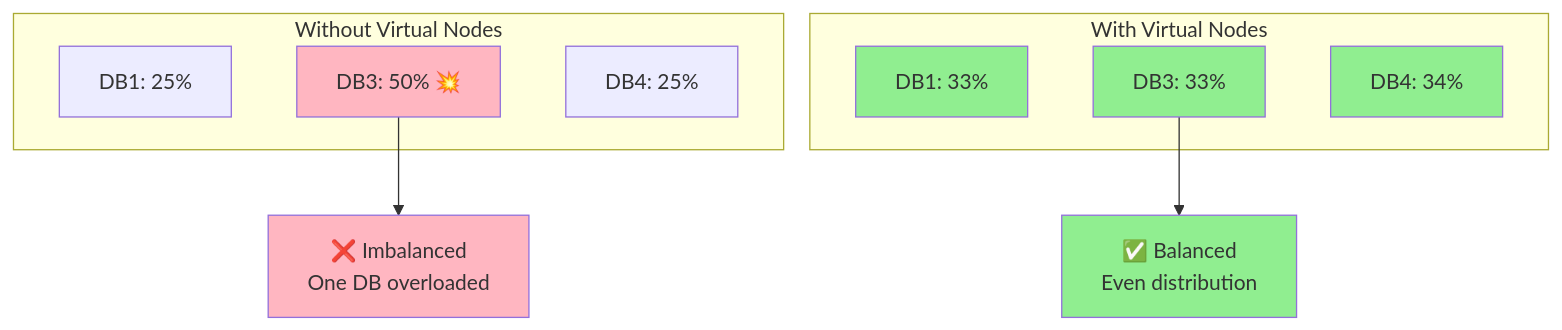
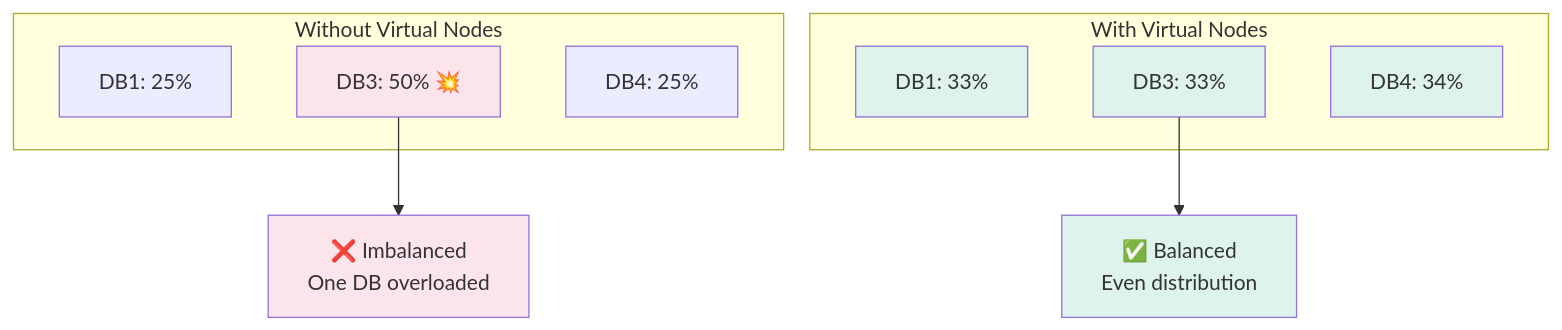
Diagram 21 of 34 in LLD/CoreConcepts/ConsistentHashing.md (cartmancodes/InterviewVault), drawn with Mermaid before and after one commit. The commit also changed other lines of this file and 679 other files, not shown here.

Commit message:
Unify content diagrams and add accessible visual walkthroughs

````diff
--- a/LLD/CoreConcepts/ConsistentHashing.md
+++ b/LLD/CoreConcepts/ConsistentHashing.md
@@ -595,27 +565,27 @@
 ```mermaid
 graph TB
     subgraph "Without Virtual Nodes"
         W1[DB1: 25%]
         W3[DB3: 50% 💥]
         W4[DB4: 25%]
     end
     
     subgraph "With Virtual Nodes"
         V1[DB1: 33%]
         V3[DB3: 33%]
         V4[DB4: 34%]
     end
     
     NOTE1[❌ Imbalanced<br/>One DB overloaded]
     NOTE2[✅ Balanced<br/>Even distribution]
     
     W3 --> NOTE1
     V3 --> NOTE2
     
-    style W3 fill:#FFB6C1
-    style NOTE1 fill:#FFB6C1
-    style V1 fill:#90EE90
-    style V3 fill:#90EE90
-    style V4 fill:#90EE90
-    style NOTE2 fill:#90EE90
+    style W3 fill:#FCE5EA
+    style NOTE1 fill:#FCE5EA
+    style V1 fill:#DDF3EC
+    style V3 fill:#DDF3EC
+    style V4 fill:#DDF3EC
+    style NOTE2 fill:#DDF3EC
 ```
````
